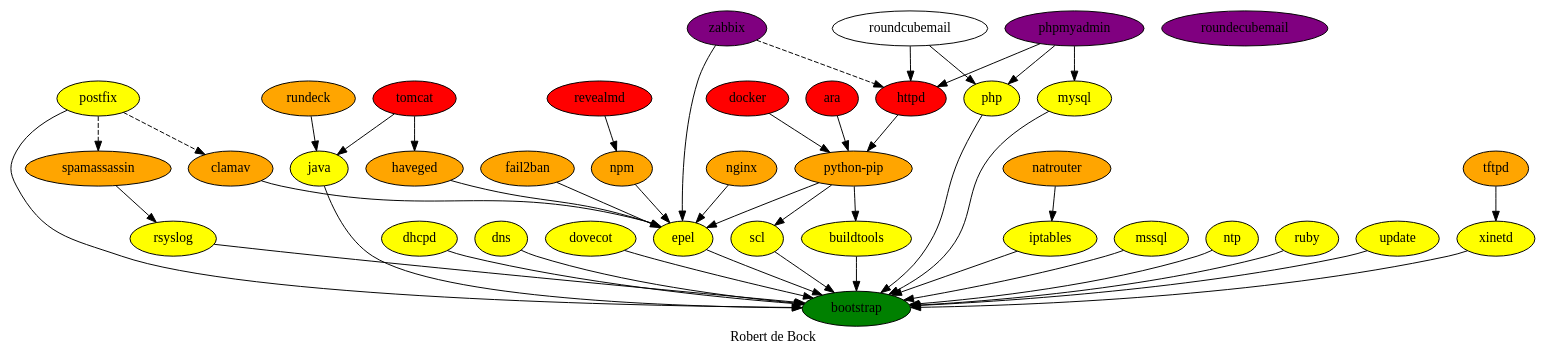
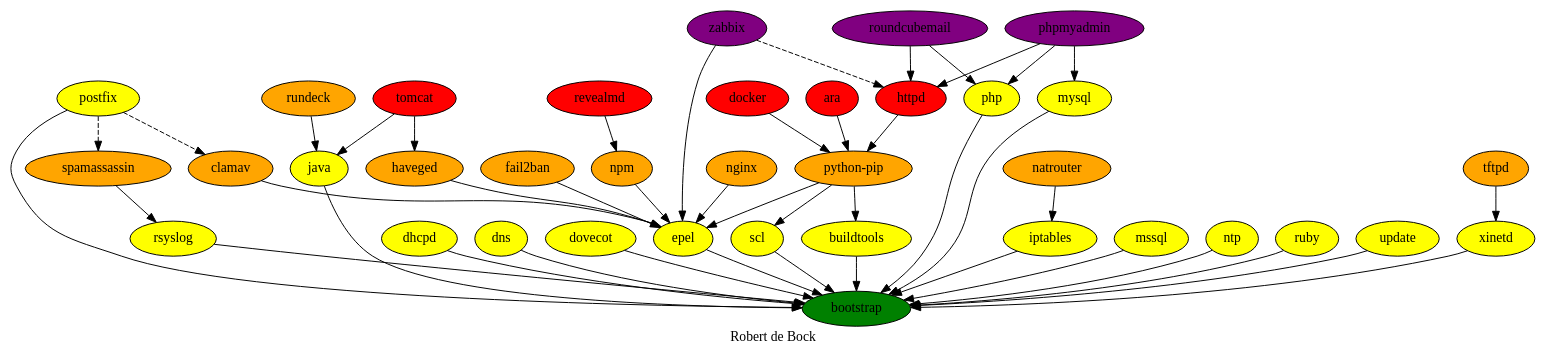
The diagram in dependencies.dot (robertdebock/robertdebock.github.io), drawn with Graphviz before and after one commit.

Commit message:
Update dependencies.dot
naming error in roundcube.

```diff
--- a/dependencies.dot
+++ b/dependencies.dot
@@ -1,55 +1,55 @@
 digraph hierarchy {
   label = "Robert de Bock" ;
   {
     ara [fillcolor=red style=filled]
     bootstrap [fillcolor=green style=filled]
     buildtools [fillcolor=yellow style=filled]
     clamav [fillcolor=orange style=filled]
     dhcpd [fillcolor=yellow style=filled]
     dns [fillcolor=yellow style=filled]
     docker [fillcolor=red style=filled]
     dovecot [fillcolor=yellow style=filled]
     epel [fillcolor=yellow style=filled]
     fail2ban [fillcolor=orange style=filled]
     haveged [fillcolor=orange style=filled]
     httpd [fillcolor=red style=filled]
     iptables [fillcolor=yellow style=filled]
     java [fillcolor=yellow style=filled]
     mssql [fillcolor=yellow style=filled]
     mysql [fillcolor=yellow style=filled]
     natrouter [fillcolor=orange style=filled]
     nginx [fillcolor=orange style=filled]
     npm [fillcolor=orange style=filled]
     ntp [fillcolor=yellow style=filled]
     php [fillcolor=yellow style=filled]
     phpmyadmin [fillcolor=purple style=filled]
     postfix [fillcolor=yellow style=filled]
     "python-pip" [fillcolor=orange style=filled]
     revealmd [fillcolor=red style=filled]
-    roundecubemail [fillcolor=purple style=filled]
+    roundcubemail [fillcolor=purple style=filled]
     rsyslog [fillcolor=yellow style=filled]
     ruby [fillcolor=yellow style=filled]
     rundeck [fillcolor=orange style=filled]
     scl [fillcolor=yellow style=filled]
     spamassassin [fillcolor=orange style=filled]
     tftpd [fillcolor=orange style=filled]
     tomcat [fillcolor=red style=filled]
     update [fillcolor=yellow style=filled]
     xinetd [fillcolor=yellow style=filled]
     zabbix [fillcolor=purple style=filled]
   }
   {buildtools dhcpd dns dovecot epel iptables java mysql mssql ntp php postfix rsyslog ruby scl update xinetd} -> bootstrap
   {clamav fail2ban haveged nginx npm "python-pip" zabbix} -> epel
   postfix -> {spamassassin clamav} [style=dashed]
   {ara docker httpd} -> "python-pip"
   revealmd -> npm
   natrouter -> iptables
   tftpd -> xinetd 
   phpmyadmin -> {php httpd mysql}
   roundcubemail -> {php httpd}
   zabbix -> httpd [style=dashed]
   "python-pip" -> {buildtools scl}
   {rundeck tomcat} -> java
   tomcat -> haveged
   spamassassin -> rsyslog
 }
```
